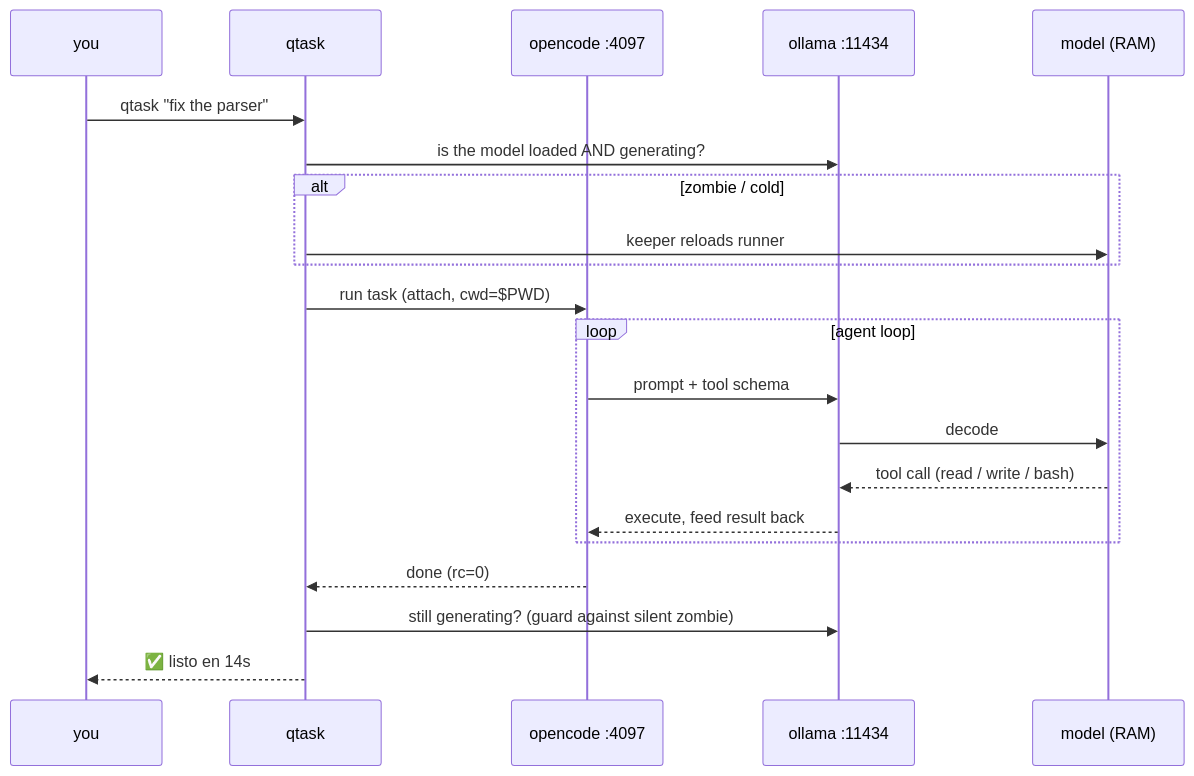
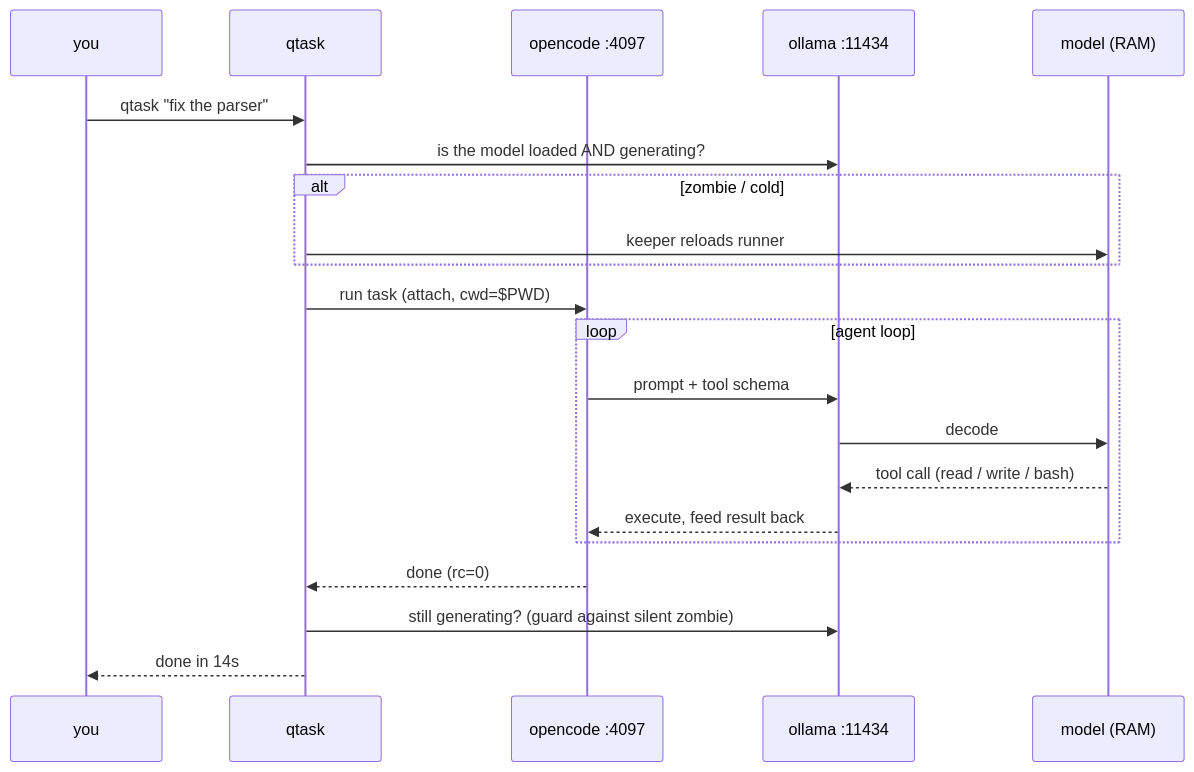
Before and after one commit to espinosacodes/local-llm-longrun: the second of 5 diagrams in README.md, drawn with Mermaid. The commit also changed other lines of this file, not shown here.

Commit message:
docs: quita emojis de los diagramas

````diff
--- a/README.md
+++ b/README.md
@@ -76,24 +76,24 @@
 ```mermaid
 sequenceDiagram
     participant U as you
     participant Q as qtask
     participant S as opencode :4097
     participant O as ollama :11434
     participant M as model (RAM)
 
     U->>Q: qtask "fix the parser"
     Q->>O: is the model loaded AND generating?
     alt zombie / cold
         Q->>M: keeper reloads runner
     end
     Q->>S: run task (attach, cwd=$PWD)
     loop agent loop
         S->>O: prompt + tool schema
         O->>M: decode
         M-->>O: tool call (read / write / bash)
         O-->>S: execute, feed result back
     end
     S-->>Q: done (rc=0)
     Q->>O: still generating? (guard against silent zombie)
-    Q-->>U: ✅ listo en 14s
+    Q-->>U: done in 14s
 ```
````
